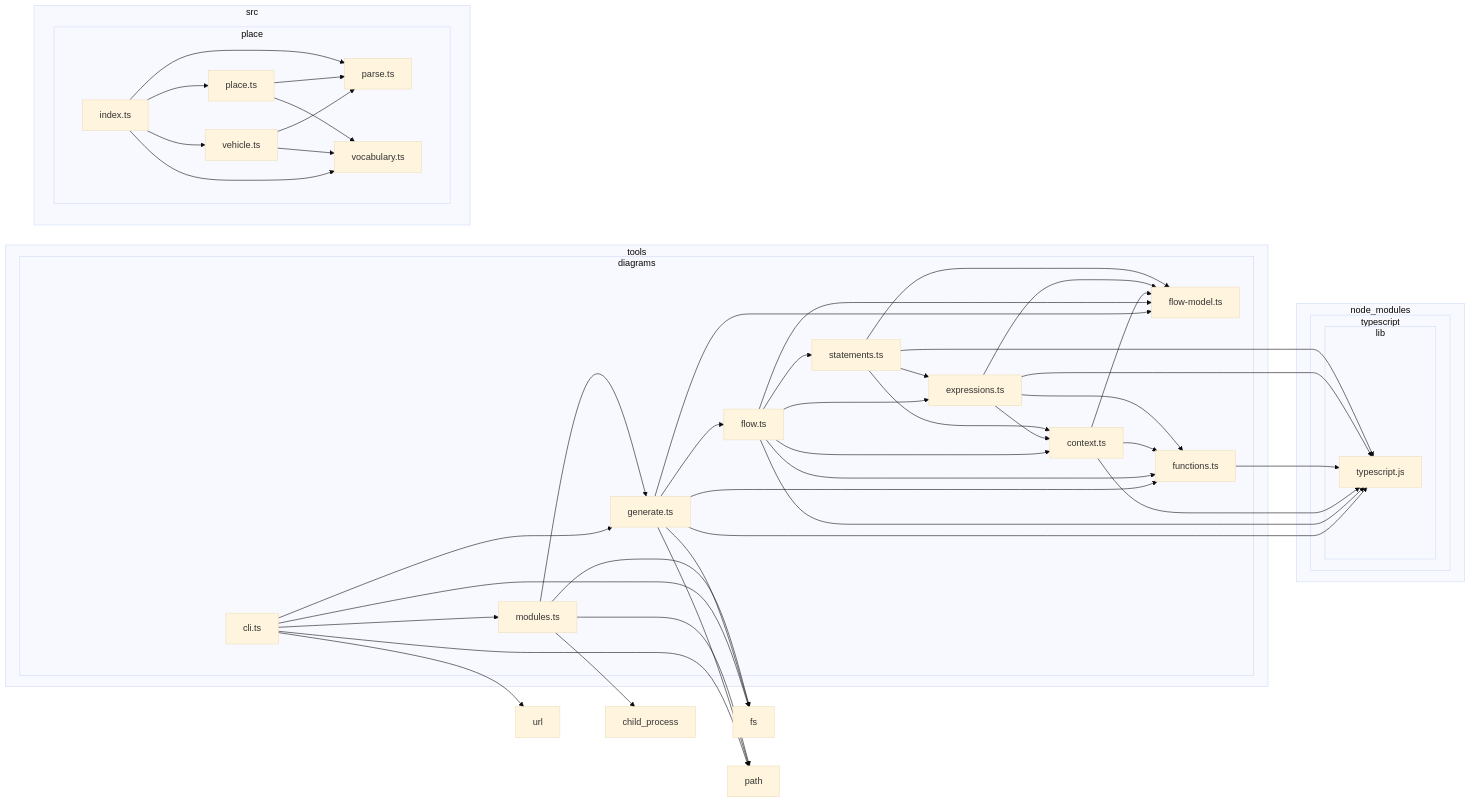
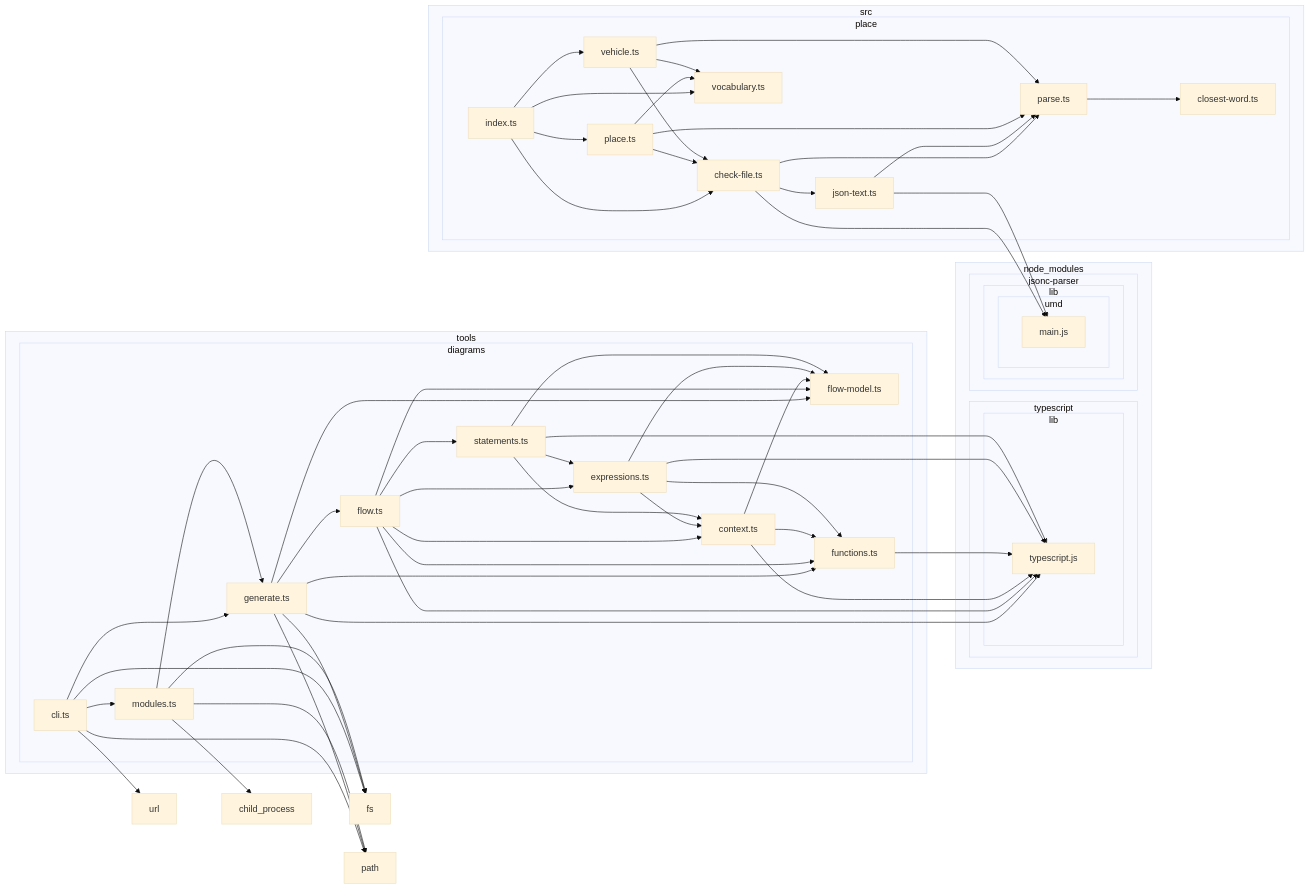
One commit to NewDara-Star/world-engine changed the diagram in docs/flows/modules.md. Above: the diagram before and after it, drawn with Mermaid (base theme). The commit also changed 18 other files, not shown here.

````diff
--- a/docs/flows/modules.md
+++ b/docs/flows/modules.md
@@ -7,76 +7,94 @@
 
 subgraph 0["src"]
 subgraph 1["place"]
-2["index.ts"]
-3["parse.ts"]
-4["place.ts"]
-5["vocabulary.ts"]
-6["vehicle.ts"]
+2["check-file.ts"]
+8["json-text.ts"]
+9["parse.ts"]
+A["closest-word.ts"]
+B["index.ts"]
+C["place.ts"]
+D["vocabulary.ts"]
+E["vehicle.ts"]
 end
 end
-subgraph 7["tools"]
-subgraph 8["diagrams"]
-9["cli.ts"]
-D["generate.ts"]
-I["flow-model.ts"]
-J["flow.ts"]
-K["context.ts"]
-L["functions.ts"]
-M["expressions.ts"]
-N["statements.ts"]
-O["modules.ts"]
-end
-end
-A["fs"]
-B["path"]
-C["url"]
-subgraph E["node_modules"]
-subgraph F["typescript"]
-subgraph G["lib"]
-H["typescript.js"]
+subgraph 3["node_modules"]
+subgraph 4["jsonc-parser"]
+subgraph 5["lib"]
+subgraph 6["umd"]
+7["main.js"]
 end
 end
 end
-P["child_process"]
-2-->3
-2-->4
-2-->6
-2-->5
-4-->3
-4-->5
-6-->3
-6-->5
-9-->D
-9-->O
+subgraph M["typescript"]
+subgraph N["lib"]
+O["typescript.js"]
+end
+end
+end
+subgraph F["tools"]
+subgraph G["diagrams"]
+H["cli.ts"]
+L["generate.ts"]
+P["flow-model.ts"]
+Q["flow.ts"]
+R["context.ts"]
+S["functions.ts"]
+T["expressions.ts"]
+U["statements.ts"]
+V["modules.ts"]
+end
+end
+I["fs"]
+J["path"]
+K["url"]
+W["child_process"]
+2-->8
+2-->9
+2-->7
+8-->9
+8-->7
 9-->A
-9-->B
-9-->C
-D-->I
-D-->J
-D-->L
-D-->A
-D-->B
-D-->H
-J-->K
-J-->M
-J-->I
-J-->L
-J-->N
-J-->H
-K-->I
-K-->L
-K-->H
-L-->H
-M-->K
-M-->I
-M-->L
-M-->H
-N-->K
-N-->M
-N-->I
-N-->H
-O-->D
-O-->P
-O-->A
-O-->B
+B-->2
+B-->C
+B-->E
+B-->D
+C-->2
+C-->9
+C-->D
+E-->2
+E-->9
+E-->D
+H-->L
+H-->V
+H-->I
+H-->J
+H-->K
+L-->P
+L-->Q
+L-->S
+L-->I
+L-->J
+L-->O
+Q-->R
+Q-->T
+Q-->P
+Q-->S
+Q-->U
+Q-->O
+R-->P
+R-->S
+R-->O
+S-->O
+T-->R
+T-->P
+T-->S
+T-->O
+U-->R
+U-->T
+U-->P
+U-->O
+V-->L
+V-->W
+V-->I
+V-->J
 ```
````
